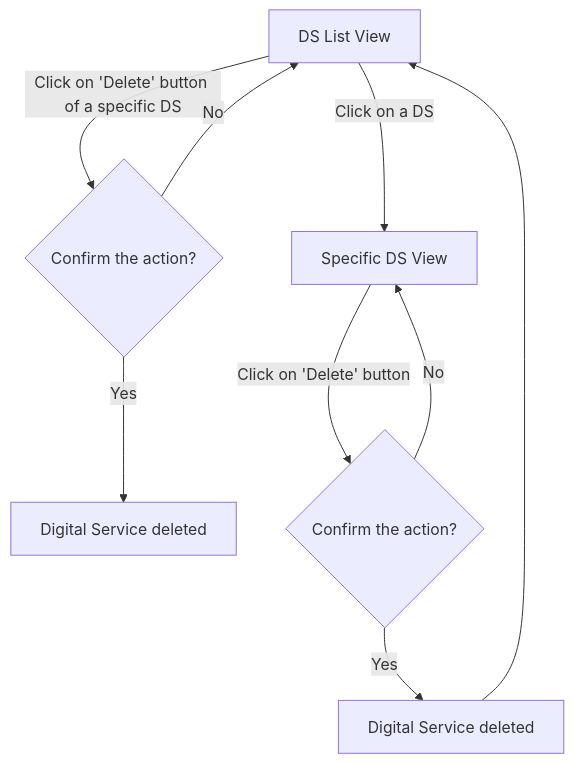
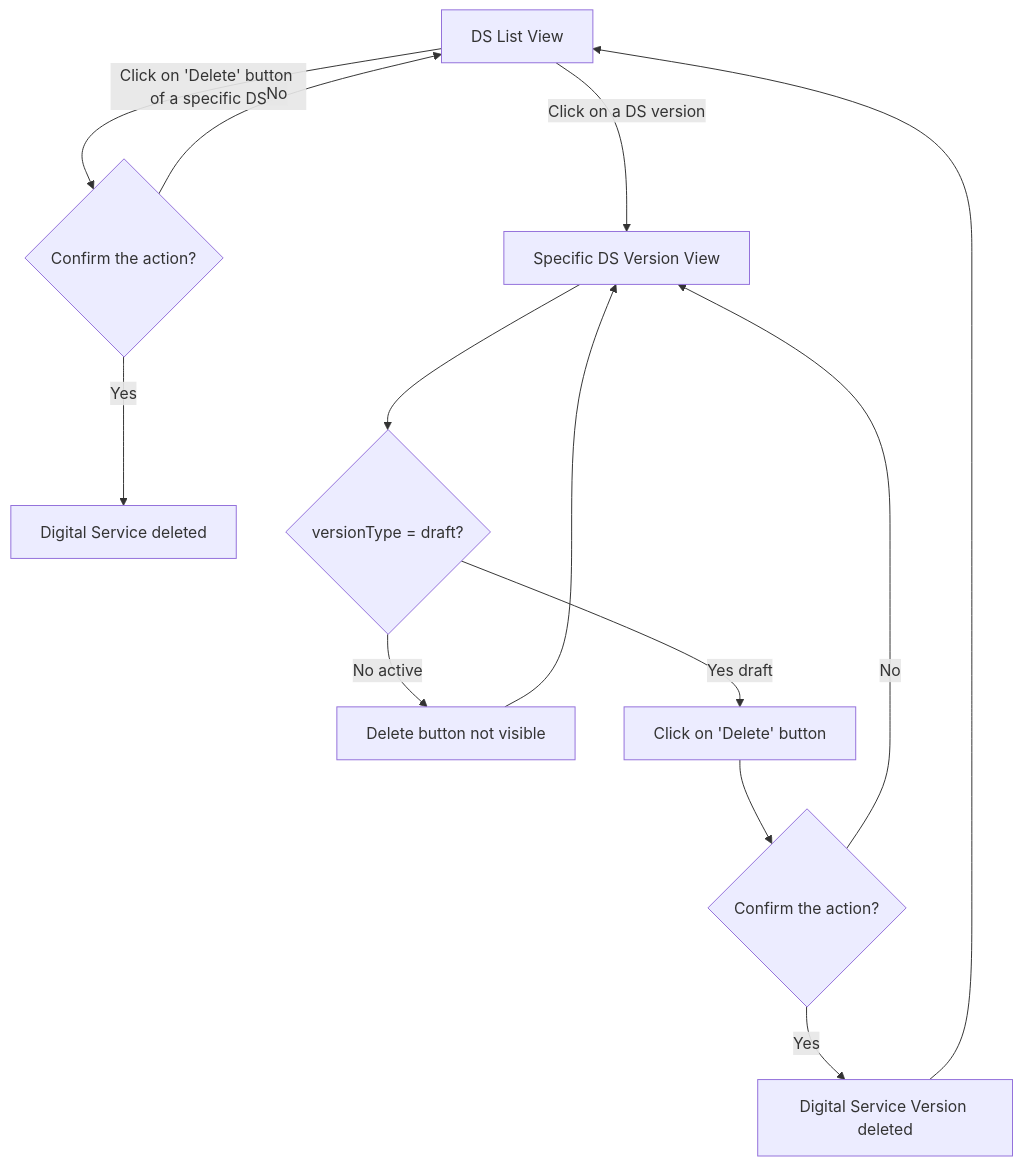
Before and after one commit to teamg4it/g4it: the first of 2 diagrams in services/documentation/content/2-functional-documentation/use_cases/uc_digital_services/uc7_delete_digital_service.md, drawn with Mermaid. The commit also changed other lines of this file and 6 other files, not shown here.

```diff
--- a/services/documentation/content/2-functional-documentation/use_cases/uc_digital_services/uc7_delete_digital_service.md
+++ b/services/documentation/content/2-functional-documentation/use_cases/uc_digital_services/uc7_delete_digital_service.md
@@ -31,9 +33,18 @@
-{{< mermaid align="center">}}
+{{< mermaid align="center" >}}
 graph TD;
-Step1[DS List View] --> |Click on 'Delete' button of a specific DS| Decision1{Confirm the action?}
-Decision1 -->|No|Step1
-Decision1 -->|Yes|Step2[Digital Service deleted]
-Step1 --> |Click on a DS| Step3[Specific DS View] --> |Click on 'Delete' button| Decision2{Confirm the action?}
-Decision2 -->|No|Step3
-Decision2 -->|Yes|Step4[Digital Service deleted] -->Step1
-{{</ mermaid >}}
+Step1[DS List View] -->|Click on 'Delete' button of a specific DS| Decision1{Confirm the action?}
+Decision1 -->|No| Step1
+Decision1 -->|Yes| Step2[Digital Service deleted]
+
+    Step1 -->|Click on a DS version| Step3[Specific DS Version View]
+    Step3 --> DecisionState{versionType = draft?}
+    
+    DecisionState -->|No active| Step3A[Delete button not visible]
+    Step3A --> Step3
+    
+    DecisionState -->|Yes draft| Step4[Click on 'Delete' button]
+    Step4 --> Decision2{Confirm the action?}
+    Decision2 -->|No| Step3
+    Decision2 -->|Yes| Step5[Digital Service Version deleted]
+    Step5 --> Step1
+{{< /mermaid >}}
```
